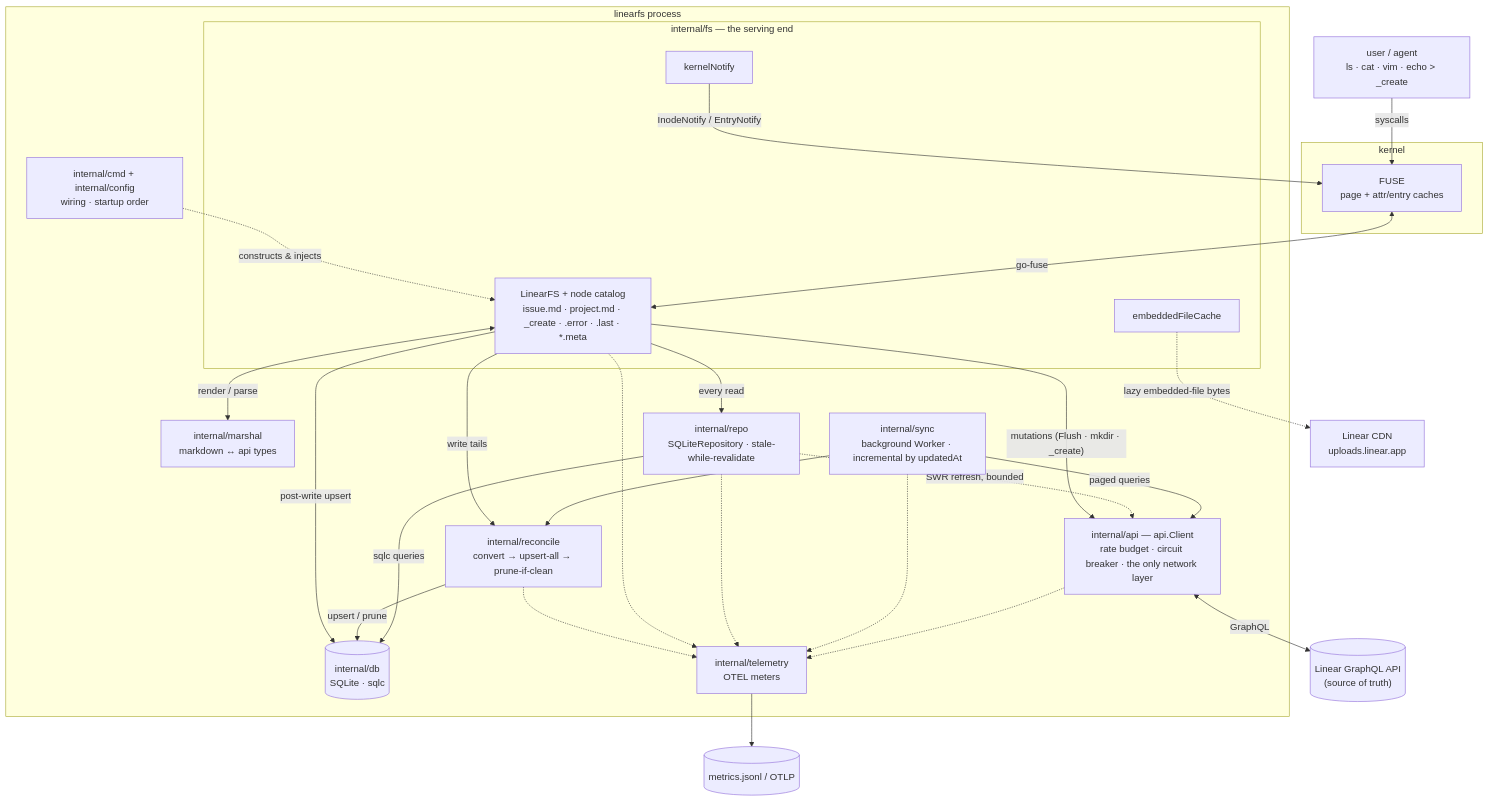
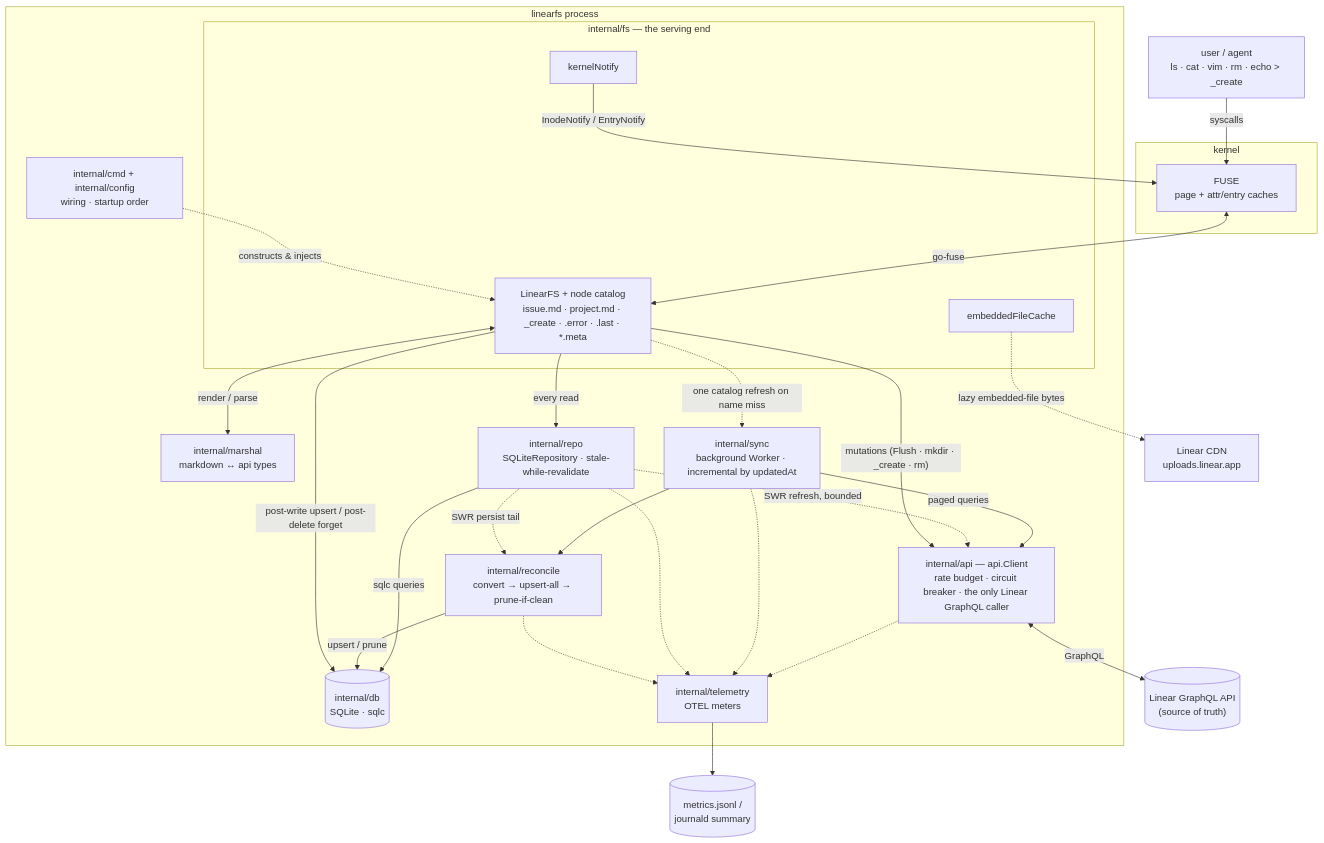
One commit to jra3/linear-fuse changed the diagram in docs/ARCHITECTURE.md. Above: the diagram before and after it, drawn with Mermaid. The commit also changed other lines of this file, not shown here.

First line of the commit message:
docs: correct ARCHITECTURE.md per 77-agent verification against code + session record

````diff
--- a/docs/ARCHITECTURE.md
+++ b/docs/ARCHITECTURE.md
@@ -13,55 +13,56 @@
 ```mermaid
 flowchart TB
-    USER["user / agent<br/>ls · cat · vim · echo &gt; _create"]
+    USER["user / agent<br/>ls · cat · vim · rm · echo &gt; _create"]
     LIN[("Linear GraphQL API<br/>(source of truth)")]
     CDN["Linear CDN<br/>uploads.linear.app"]
-    METRICS[("metrics.jsonl / OTLP")]
+    METRICS[("metrics.jsonl /<br/>journald summary")]
 
     subgraph KERNEL["kernel"]
         FUSE["FUSE<br/>page + attr/entry caches"]
     end
 
     subgraph PROC["linearfs process"]
         CMD["internal/cmd + internal/config<br/>wiring · startup order"]
 
         subgraph FSP["internal/fs — the serving end"]
             LFS["LinearFS + node catalog<br/>issue.md · project.md · _create · .error · .last · *.meta"]
             KN["kernelNotify"]
             EFC["embeddedFileCache"]
         end
 
         MAR["internal/marshal<br/>markdown ↔ api types"]
         REPO["internal/repo<br/>SQLiteRepository · stale-while-revalidate"]
         DB[("internal/db<br/>SQLite · sqlc")]
         RECON["internal/reconcile<br/>convert → upsert-all → prune-if-clean"]
         WORKER["internal/sync<br/>background Worker · incremental by updatedAt"]
-        CLIENT["internal/api — api.Client<br/>rate budget · circuit breaker · the only network layer"]
+        CLIENT["internal/api — api.Client<br/>rate budget · circuit breaker · the only Linear GraphQL caller"]
         TEL["internal/telemetry<br/>OTEL meters"]
     end
 
-    %% ---- read path (never touches the network) ----
+    %% ---- read path (never touches the Linear API) ----
     USER -->|syscalls| FUSE
     FUSE <-->|go-fuse| LFS
     LFS -->|every read| REPO
     REPO -->|sqlc queries| DB
     LFS <-->|render / parse| MAR
 
     %% ---- background ingest ----
     WORKER -->|paged queries| CLIENT
     CLIENT <-->|GraphQL| LIN
     WORKER --> RECON
     RECON -->|upsert / prune| DB
     REPO -.->|SWR refresh, bounded| CLIENT
+    REPO -.->|SWR persist tail| RECON
 
     %% ---- write path (straight to API, then backfill) ----
-    LFS -->|"mutations (Flush · mkdir · _create)"| CLIENT
-    LFS -->|post-write upsert| DB
-    LFS -->|write tails| RECON
+    LFS -->|"mutations (Flush · mkdir · _create · rm)"| CLIENT
+    LFS -->|post-write upsert / post-delete forget| DB
+    LFS -.->|one catalog refresh on name miss| WORKER
     KN -->|InodeNotify / EntryNotify| FUSE
     EFC -.->|lazy embedded-file bytes| CDN
 
     %% ---- cross-cutting ----
     CMD -.->|constructs & injects| LFS
-    CLIENT & WORKER & REPO & LFS & RECON -.-> TEL
+    CLIENT & WORKER & REPO & RECON -.-> TEL
     TEL --> METRICS
 ```
````
